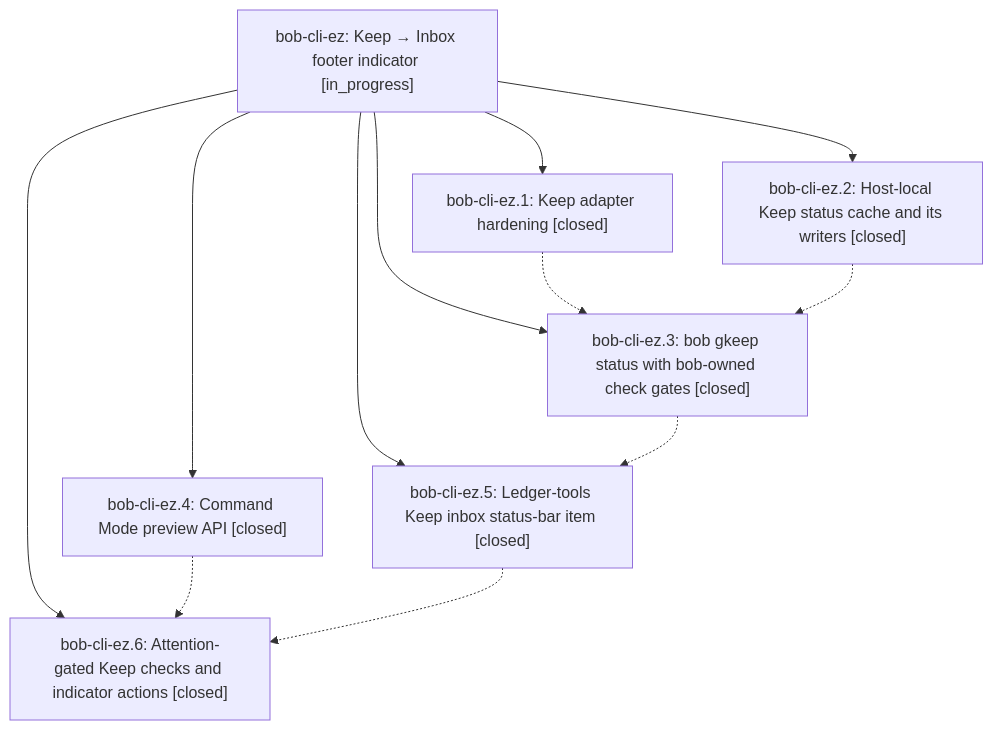
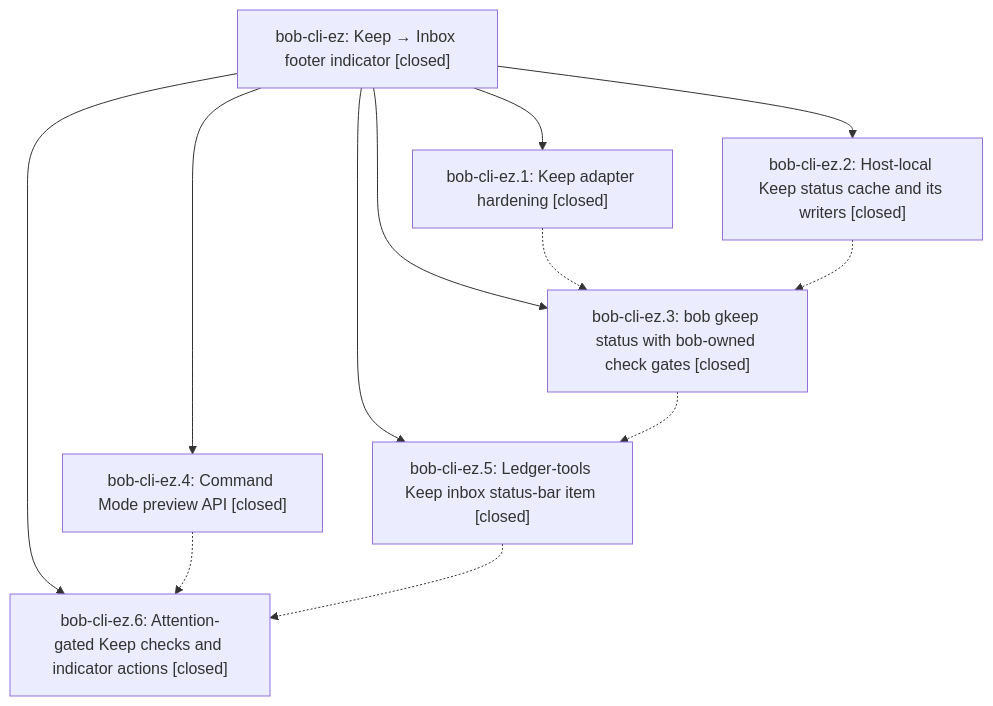
The diagram in pages/bob-cli-ez/README.md (bobs-org/bob-cli--beads), drawn with Mermaid before and after one commit. The commit also changed other lines of this file, not shown here.

First line of the commit message:
chore(beads): sync bead state and pages for bob-cli-ez

````diff
--- a/pages/bob-cli-ez/README.md
+++ b/pages/bob-cli-ez/README.md
@@ -43,21 +45,21 @@
 ```mermaid
 flowchart TD
-    n0["bob-cli-ez: Keep → Inbox footer indicator [in_progress]"]
+    n0["bob-cli-ez: Keep → Inbox footer indicator [closed]"]
     n1["bob-cli-ez.1: Keep adapter hardening [closed]"]
     n2["bob-cli-ez.2: Host-local Keep status cache and its writers [closed]"]
     n3["bob-cli-ez.3: bob gkeep status with bob-owned check gates [closed]"]
     n4["bob-cli-ez.4: Command Mode preview API [closed]"]
     n5["bob-cli-ez.5: Ledger-tools Keep inbox status-bar item [closed]"]
     n6["bob-cli-ez.6: Attention-gated Keep checks and indicator actions [closed]"]
     n0 --> n1
     n0 --> n2
     n0 --> n3
     n0 --> n4
     n0 --> n5
     n0 --> n6
     n1 -.-> n3
     n2 -.-> n3
     n3 -.-> n5
     n4 -.-> n6
     n5 -.-> n6
 ```
````
